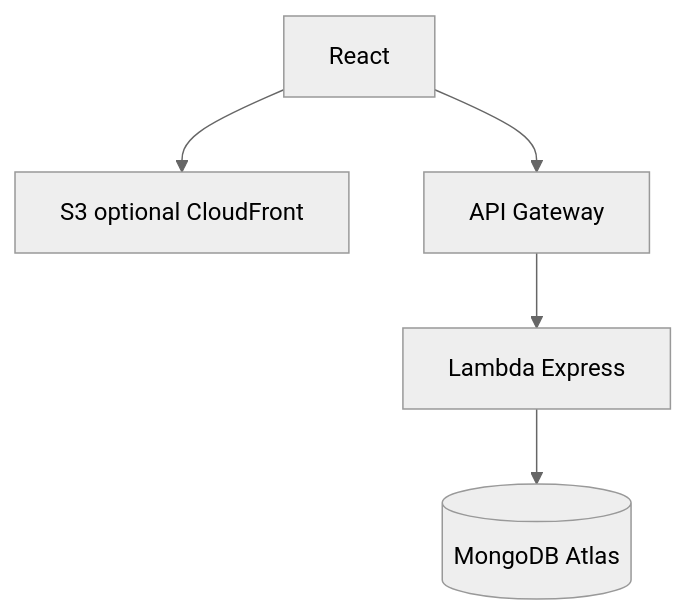
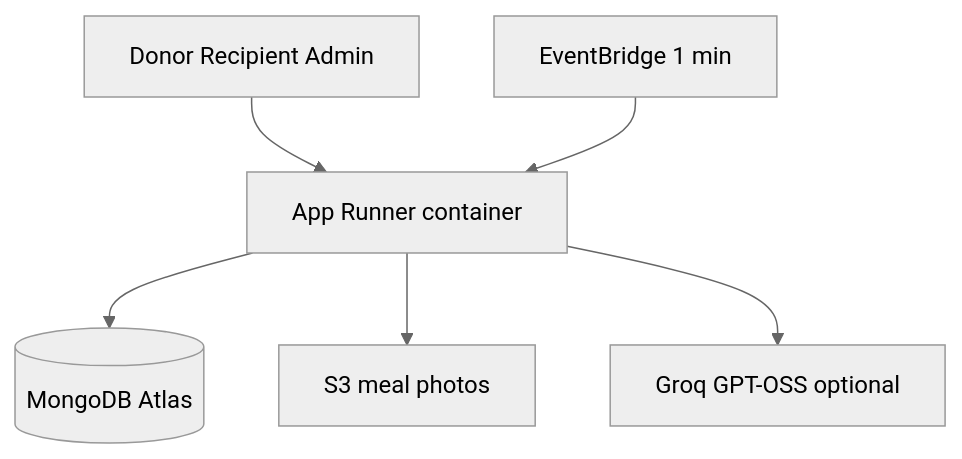
The second of 2 diagrams in README.md (guptapratykshh/ShareTable), drawn with Mermaid (neutral theme) before and after one commit. The commit also changed other lines of this file, not shown here.

Commit message:
Refresh README with live demo and assistant flows

````diff
--- a/README.md
+++ b/README.md
@@ -101,7 +142,8 @@
 ```mermaid
 flowchart TD
-    App[React] --> S3[S3 optional CloudFront]
-    App --> APIGW[API Gateway]
-    APIGW --> Lambda[Lambda Express]
-    Lambda --> Atlas[(MongoDB Atlas)]
+    Users[Donor Recipient Admin] --> AppRunner[App Runner container]
+    AppRunner --> Atlas[(MongoDB Atlas)]
+    AppRunner --> S3[S3 meal photos]
+    EventBridge[EventBridge 1 min] --> AppRunner
+    AppRunner --> Groq[Groq GPT-OSS optional]
 ```
````
